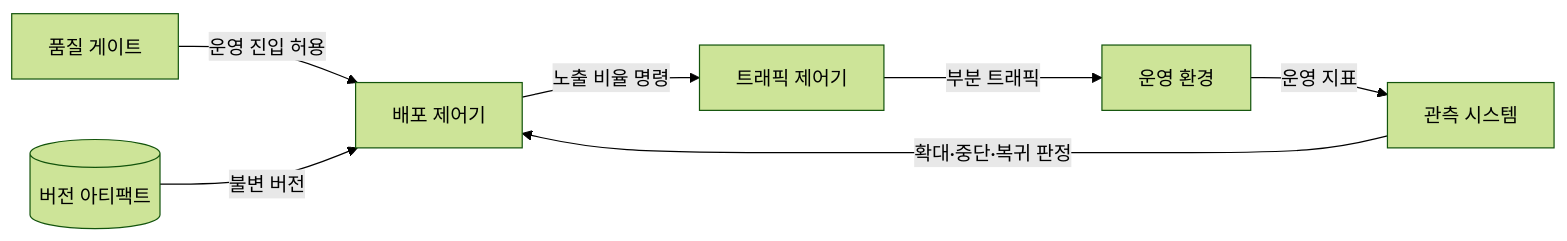
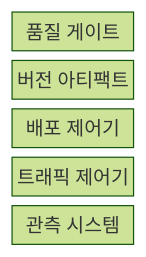
One commit to agnusdei1207/knowledge-base changed the first of 2 diagrams in src/content/docs/notes/03-software/054_continuous_deployment.md. Above: the diagram before and after it, drawn with Mermaid (forest theme). The commit also changed other lines of this file and 20 other files, not shown here.

````diff
--- a/src/content/docs/notes/03-software/054_continuous_deployment.md
+++ b/src/content/docs/notes/03-software/054_continuous_deployment.md
@@ -59,9 +57,9 @@
 ```mermaid
-flowchart LR
-    Q[품질 게이트] -->|운영 진입 허용| D[배포 제어기]
-    A[(버전 아티팩트)] -->|불변 버전| D
-    D -->|노출 비율 명령| T[트래픽 제어기]
-    T -->|부분 트래픽| E[운영 환경]
-    E -->|운영 지표| O[관측 시스템]
-    O -->|확대·중단·복귀 판정| D
+block
+  columns 1
+  Q["품질 게이트"]
+  A["버전 아티팩트"]
+  D["배포 제어기"]
+  T["트래픽 제어기"]
+  O["관측 시스템"]
 ```
````
